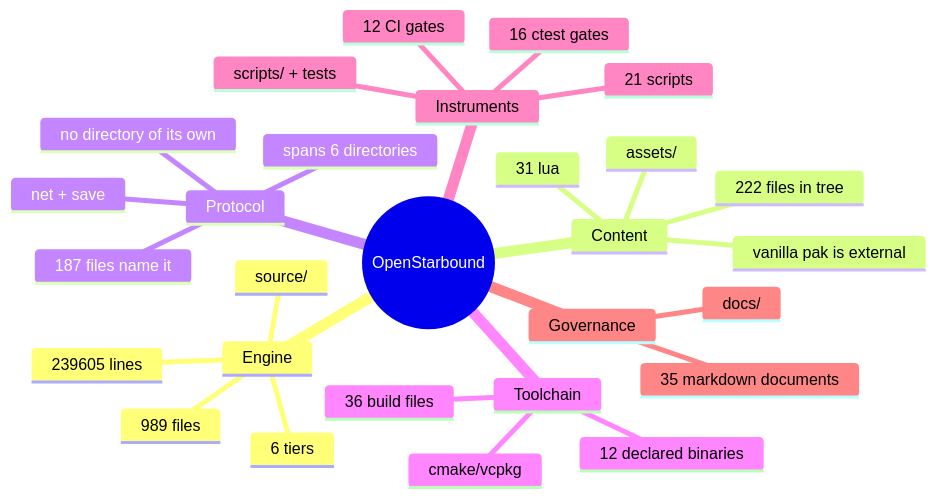
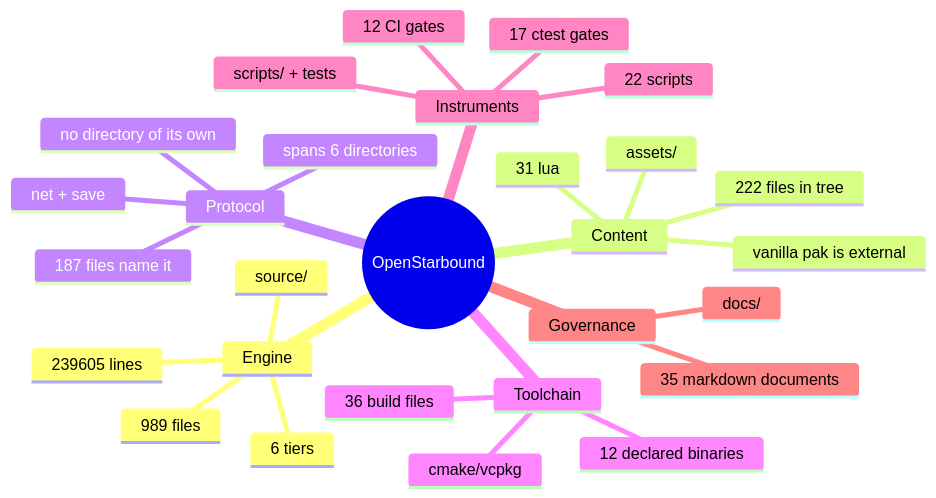
One commit to apnex/OpenStarbound changed the second of 11 diagrams in docs/architecture/system-boundaries.md. Above: the diagram before and after it, drawn with Mermaid. The commit also changed 5 other files, not shown here.

````diff
--- a/docs/architecture/system-boundaries.md
+++ b/docs/architecture/system-boundaries.md
@@ -166,31 +166,31 @@
 ```mermaid
 mindmap
   root((OpenStarbound))
     Engine
       source/
       989 files
       239605 lines
       6 tiers
     Content
       assets/
       222 files in tree
       31 lua
       vanilla pak is external
     Protocol
       net + save
       187 files name it
       spans 6 directories
       no directory of its own
     Toolchain
       cmake/vcpkg
       36 build files
       12 declared binaries
     Instruments
       scripts/ + tests
-      21 scripts
-      16 ctest gates
+      22 scripts
+      17 ctest gates
       12 CI gates
     Governance
       docs/
       35 markdown documents
 ```
````
